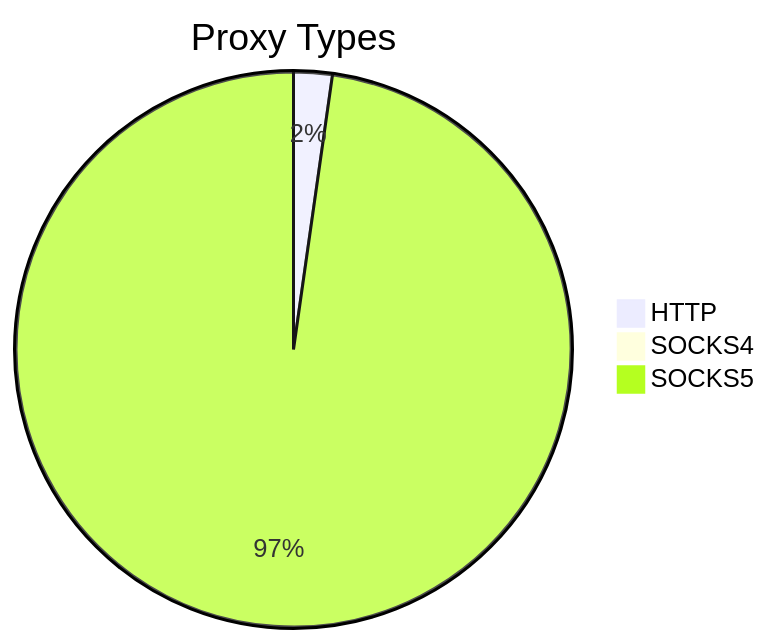
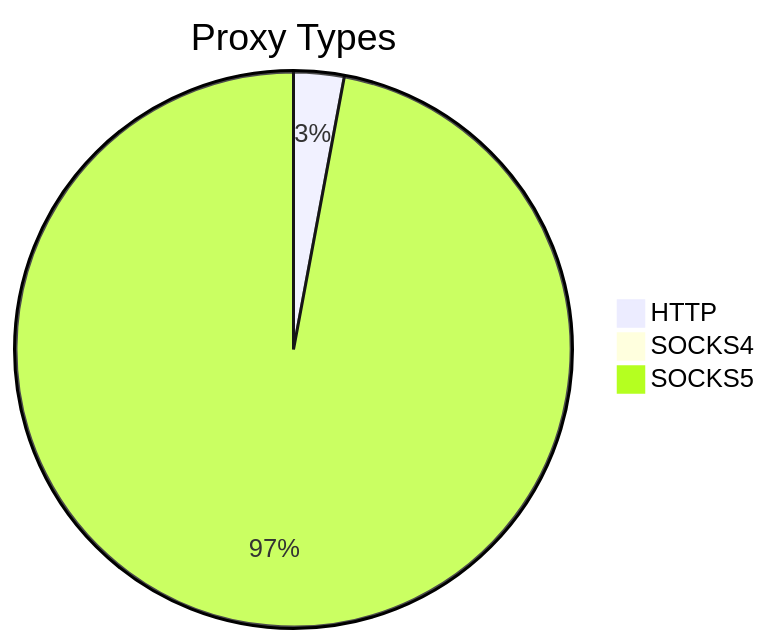
Before and after one commit to stormsia/proxy-list: the first of 2 diagrams in README.md, drawn with Mermaid. The commit also changed other lines of this file, not shown here.

````diff
--- a/README.md
+++ b/README.md
@@ -21,6 +21,6 @@
 ```mermaid
 pie title Proxy Types
-    "HTTP" : 80
-    "SOCKS4" : 34
-    "SOCKS5" : 3481
+    "HTTP" : 91
+    "SOCKS4" : 17
+    "SOCKS5" : 3012
 ```
````
